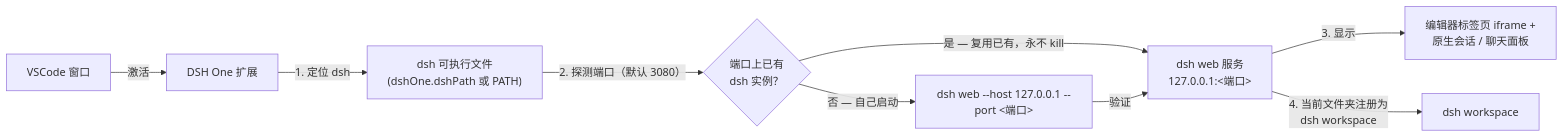
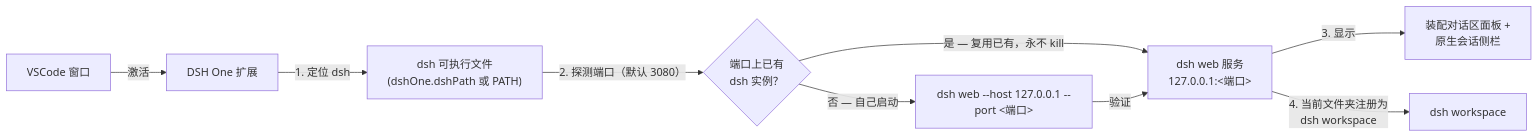
One commit to imchangchang/dsh-one changed the diagram in README.zh-CN.md. Above: the diagram before and after it, drawn with Mermaid. The commit also changed other lines of this file and 6 other files, not shown here.

````diff
--- a/README.zh-CN.md
+++ b/README.zh-CN.md
@@ -62,11 +59,11 @@
 ```mermaid
 flowchart LR
   VS["VSCode 窗口"] -->|"激活"| EXT["DSH One 扩展"]
   EXT -->|"1. 定位 dsh"| DSH["dsh 可执行文件<br/>(dshOne.dshPath 或 PATH)"]
   DSH -->|"2. 探测端口（默认 3080）"| PROBE{"端口上已有<br/>dsh 实例？"}
   PROBE -->|"是 — 复用已有，永不 kill"| SRV["dsh web 服务<br/>127.0.0.1:&lt;端口&gt;"]
   PROBE -->|"否 — 自己启动"| SPAWN["dsh web --host 127.0.0.1 --port &lt;端口&gt;"]
   SPAWN -->|"验证"| SRV
-  SRV -->|"3. 显示"| UI["编辑器标签页 iframe +<br/>原生会话 / 聊天面板"]
+  SRV -->|"3. 显示"| UI["装配对话区面板 +<br/>原生会话侧栏"]
   SRV -->|"4. 当前文件夹注册为<br/>dsh workspace"| WS["dsh workspace"]
 ```
````
